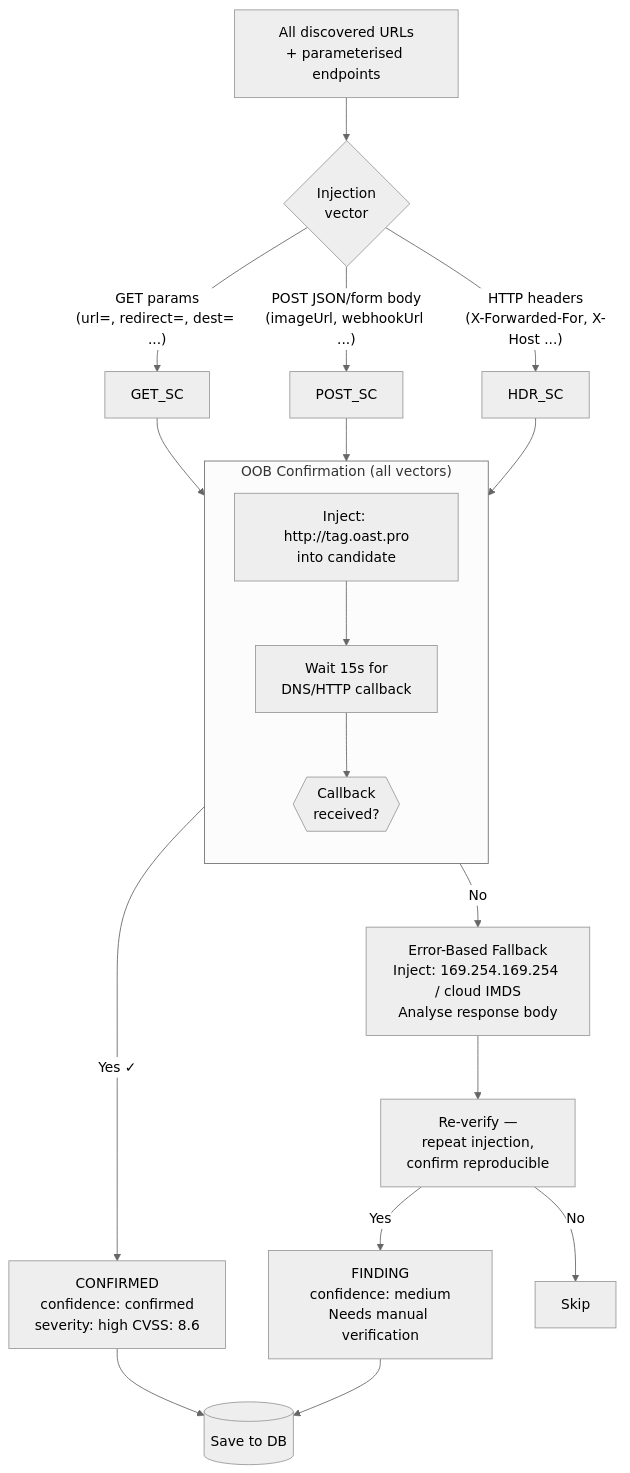
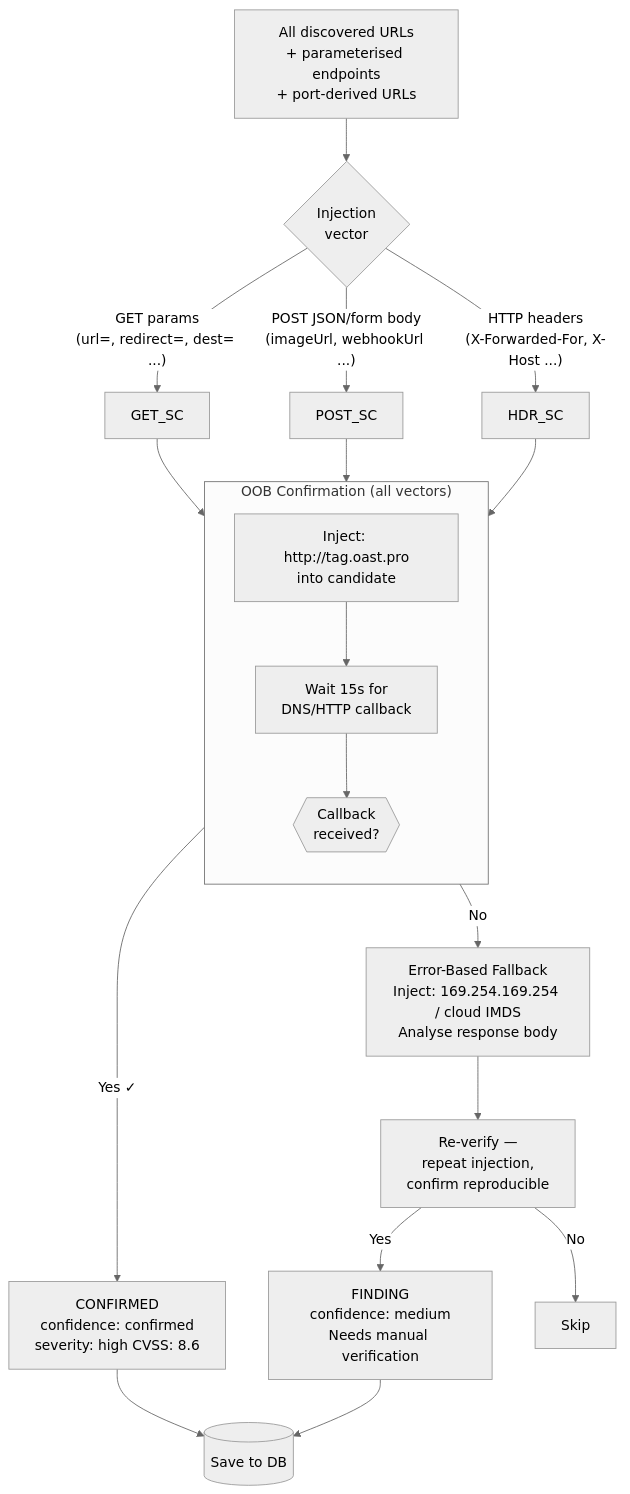
One commit to chegelawrence/liminal changed the fifth of 12 diagrams in README.md. Above: the diagram before and after it, drawn with Mermaid (neutral theme). The commit also changed other lines of this file and 13 other files, not shown here.

````diff
--- a/README.md
+++ b/README.md
@@ -274,29 +405,29 @@
 ```mermaid
 flowchart TD
-    START["All discovered URLs\n+ parameterised endpoints"] --> VECTOR
+    START["All discovered URLs\n+ parameterised endpoints\n+ port-derived URLs"] --> VECTOR
 
     VECTOR{"Injection\nvector"}
 
     VECTOR -->|"GET params\n(url=, redirect=, dest= ...)"| GET_SC
     VECTOR -->|"POST JSON/form body\n(imageUrl, webhookUrl ...)"| POST_SC
     VECTOR -->|"HTTP headers\n(X-Forwarded-For, X-Host ...)"| HDR_SC
 
     subgraph OOB_FLOW["OOB Confirmation (all vectors)"]
         direction TB
         INJECT["Inject: http://tag.oast.pro\ninto candidate"]
         WAIT["Wait 15s for\nDNS/HTTP callback"]
         GOT{{"Callback\nreceived?"}}
         INJECT --> WAIT --> GOT
     end
 
     GET_SC & POST_SC & HDR_SC --> OOB_FLOW
 
     GOT -->|"Yes ✓"| CONFIRM["CONFIRMED\nconfidence: confirmed\nseverity: high  CVSS: 8.6"]
     GOT -->|"No"| ERR_BASED["Error-Based Fallback\nInject: 169.254.169.254 / cloud IMDS\nAnalyse response body"]
     ERR_BASED --> REPRO["Re-verify —\nrepeat injection,\nconfirm reproducible"]
     REPRO -->|"Yes"| MEDIUM["FINDING\nconfidence: medium\nNeeds manual verification"]
     REPRO -->|"No"| SKIP["Skip"]
 
     CONFIRM --> DB[("Save to DB")]
     MEDIUM --> DB
 ```
````
